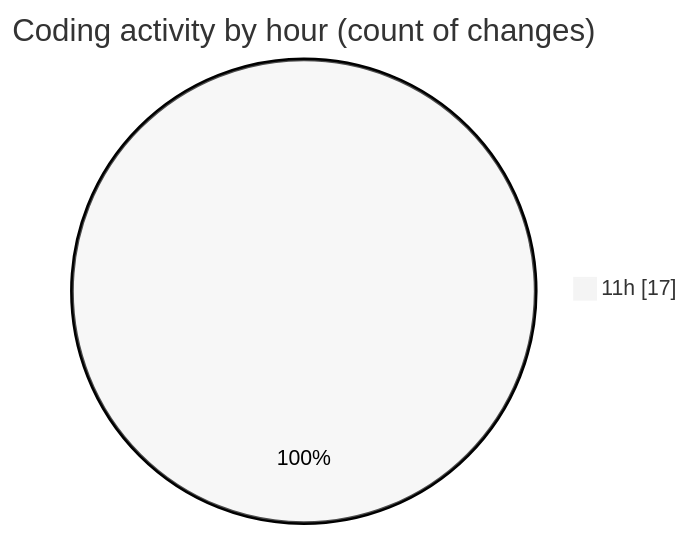
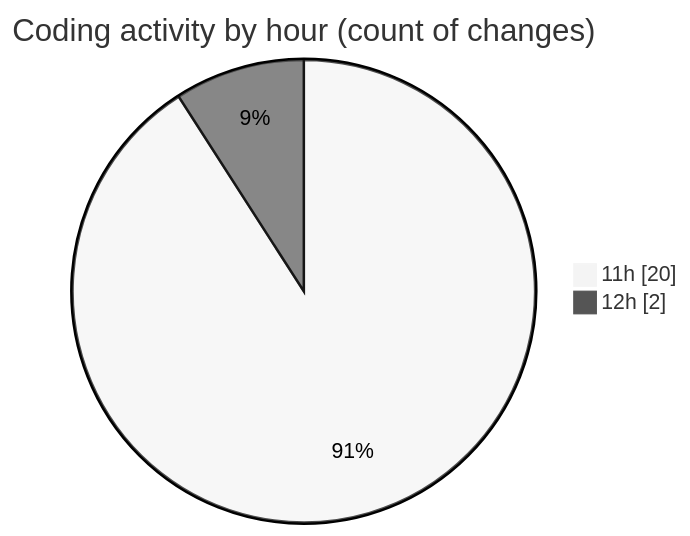
One commit to nxtqubesakshisongat/code-tracking changed the second of 2 diagrams in 2025-09-24/nxtqube_webapp/README.md. Above: the diagram before and after it, drawn with Mermaid (neutral theme). The commit also changed other lines of this file and 1 other file, not shown here.

````diff
--- a/2025-09-24/nxtqube_webapp/README.md
+++ b/2025-09-24/nxtqube_webapp/README.md
@@ -29,5 +29,6 @@
 ```mermaid
 pie showData
 title Coding activity by hour (count of changes)
-"11h" : 17
+"11h" : 20
+"12h" : 2
 ```
````
